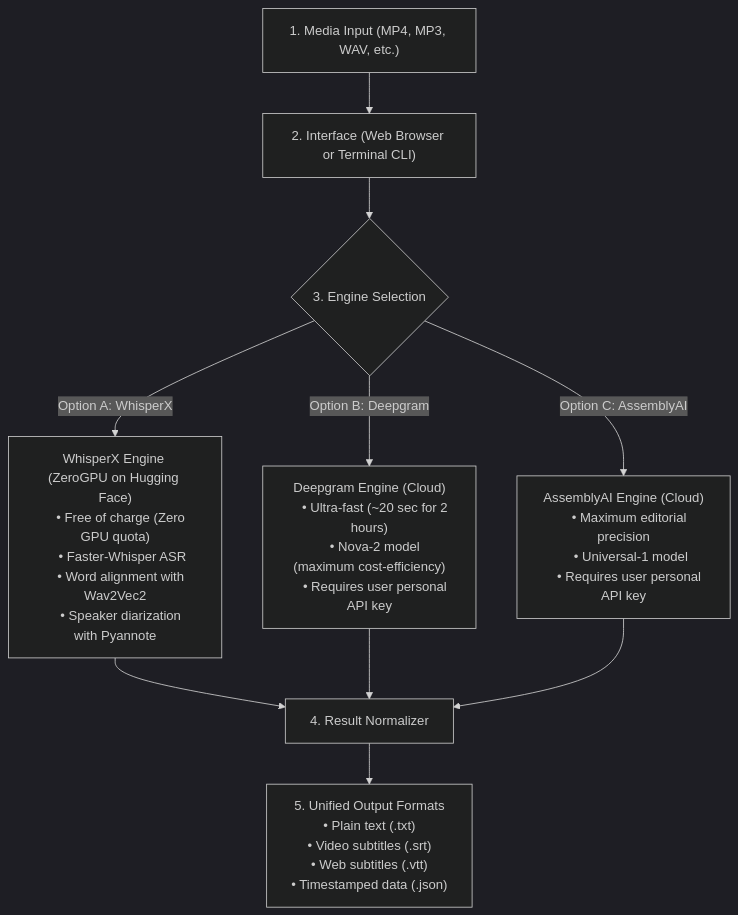
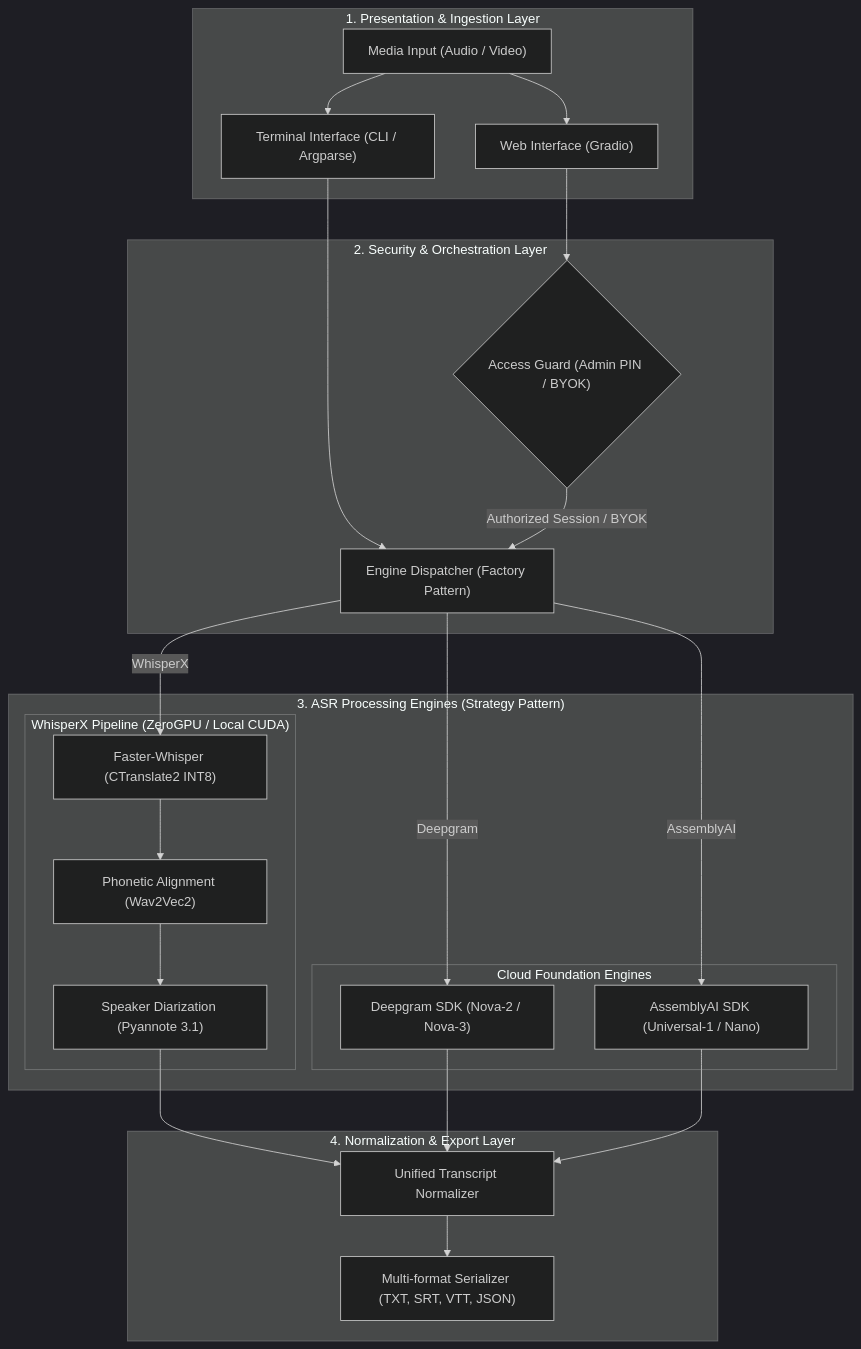
Before and after one commit to Klopezxd/transcriptor-suite: the first of 2 diagrams in README.md, drawn with Mermaid (dark theme). The commit also changed other lines of this file and 1 other file, not shown here.

Commit message:
docs: elevate architecture diagrams to layered enterprise system design

````diff
--- a/README.md
+++ b/README.md
@@ -96,32 +96,46 @@
 ```mermaid
 flowchart TD
-    A["1. Media Input (MP4, MP3, WAV, etc.)"] --> B["2. Interface (Web Browser or Terminal CLI)"]
-    
-    B --> C{"3. Engine Selection"}
+    subgraph Ingestion ["1. Presentation & Ingestion Layer"]
+        Audio["Media Input (Audio / Video)"]
+        WebUI["Web Interface (Gradio)"]
+        CLI["Terminal Interface (CLI / Argparse)"]
+        Audio --> WebUI
+        Audio --> CLI
+    end
 
-    C -->|"Option A: WhisperX"| D["WhisperX Engine (ZeroGPU on Hugging Face)
-    • Free of charge (Zero GPU quota)
-    • Faster-Whisper ASR
-    • Word alignment with Wav2Vec2
-    • Speaker diarization with Pyannote"]
+    subgraph Core ["2. Security & Orchestration Layer"]
+        AuthGuard{"Access Guard (Admin PIN / BYOK)"}
+        Dispatcher["Engine Dispatcher (Factory Pattern)"]
+        WebUI --> AuthGuard
+        CLI --> Dispatcher
+        AuthGuard -->|"Authorized Session / BYOK"| Dispatcher
+    end
 
-    C -->|"Option B: Deepgram"| E["Deepgram Engine (Cloud)
-    • Ultra-fast (~20 sec for 2 hours)
-    • Nova-2 model (maximum cost-efficiency)
-    • Requires user personal API key"]
+    subgraph Engines ["3. ASR Processing Engines (Strategy Pattern)"]
+        subgraph LocalPipeline ["WhisperX Pipeline (ZeroGPU / Local CUDA)"]
+            ASR["Faster-Whisper (CTranslate2 INT8)"]
+            Align["Phonetic Alignment (Wav2Vec2)"]
+            Diarize["Speaker Diarization (Pyannote 3.1)"]
+            ASR --> Align --> Diarize
+        end
 
-    C -->|"Option C: AssemblyAI"| F["AssemblyAI Engine (Cloud)
-    • Maximum editorial precision
-    • Universal-1 model
-    • Requires user personal API key"]
+        subgraph CloudPipeline ["Cloud Foundation Engines"]
+            Deepgram["Deepgram SDK (Nova-2 / Nova-3)"]
+            Assembly["AssemblyAI SDK (Universal-1 / Nano)"]
+        end
 
-    D --> G["4. Result Normalizer"]
-    E --> G
-    F --> G
+        Dispatcher -->|"WhisperX"| ASR
+        Dispatcher -->|"Deepgram"| Deepgram
+        Dispatcher -->|"AssemblyAI"| Assembly
+    end
 
-    G --> H["5. Unified Output Formats
-    • Plain text (.txt)
-    • Video subtitles (.srt)
-    • Web subtitles (.vtt)
-    • Timestamped data (.json)"]
+    subgraph OutputLayer ["4. Normalization & Export Layer"]
+        Normalizer["Unified Transcript Normalizer"]
+        Exporter["Multi-format Serializer (TXT, SRT, VTT, JSON)"]
+        
+        Diarize --> Normalizer
+        Deepgram --> Normalizer
+        Assembly --> Normalizer
+        Normalizer --> Exporter
+    end
 ```
````
